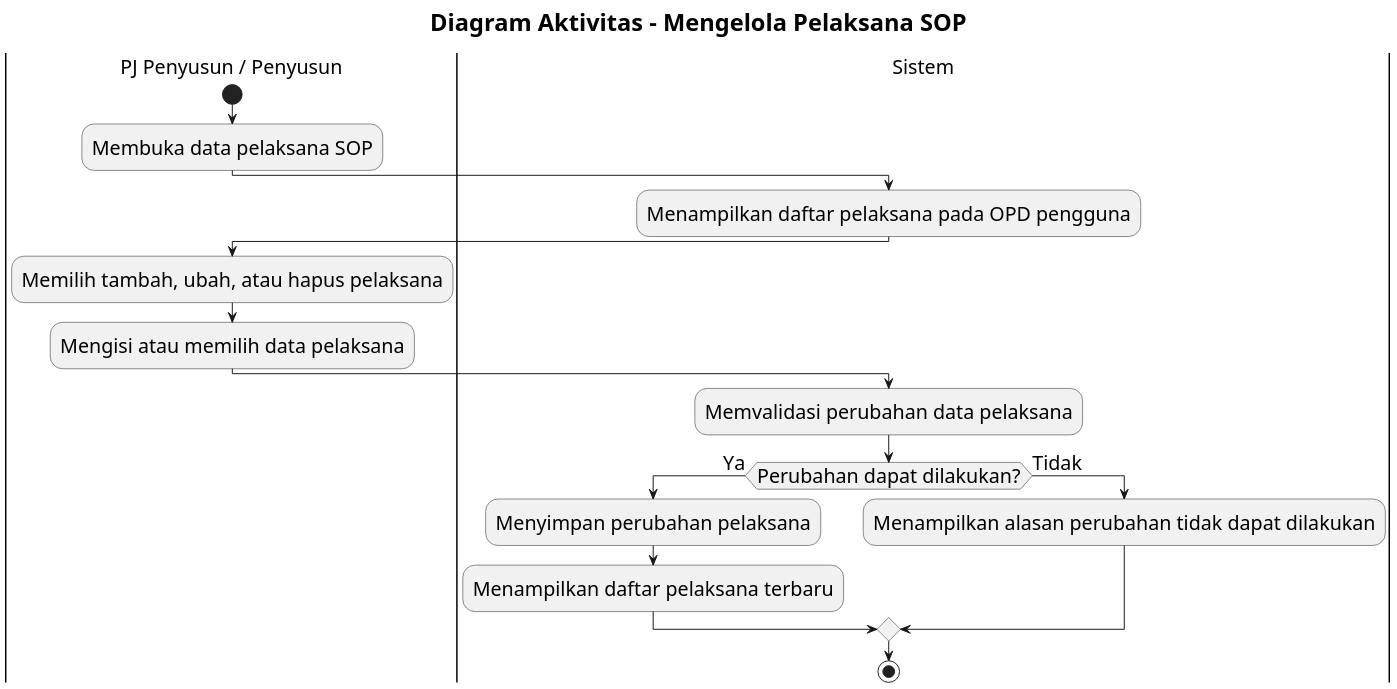
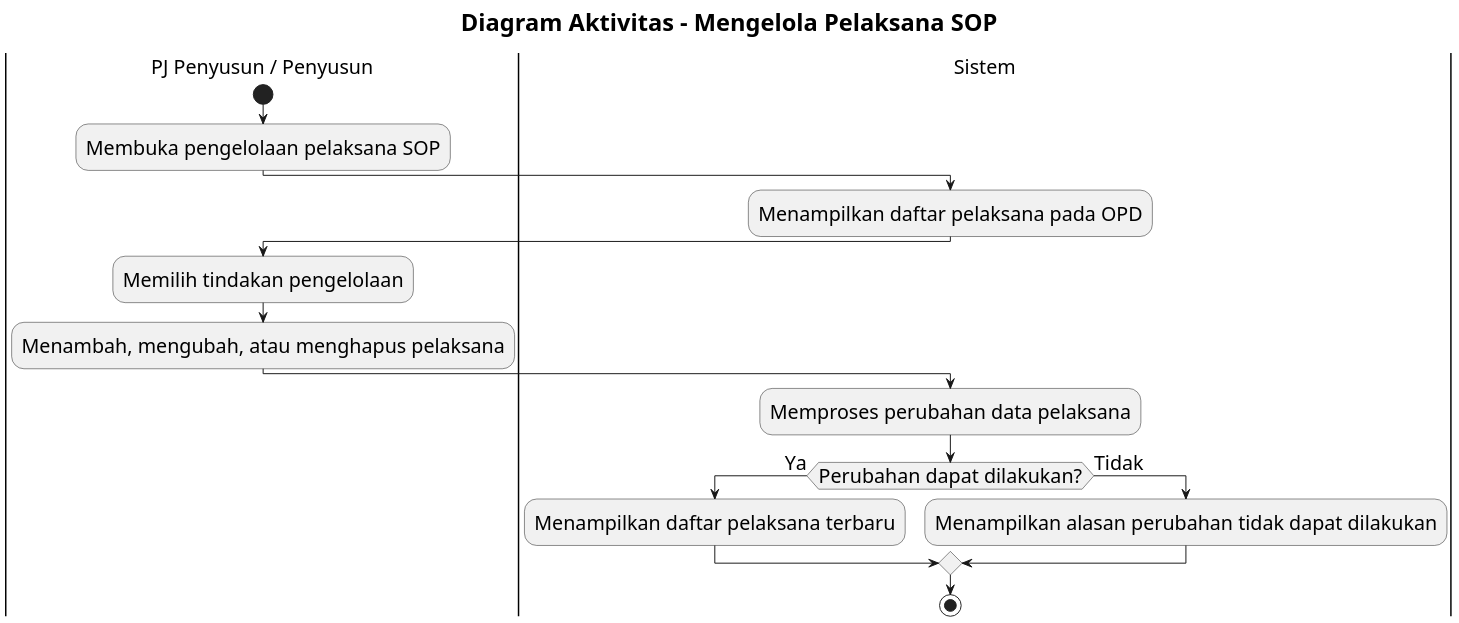
One commit to howlil/sop-generate-app changed the diagram in docs/activity-diagram/lampiran/pj-penyusun-penyusun-mengelola-pelaksana-sop.md. Above: the diagram before and after it, drawn with PlantUML. The commit also changed other lines of this file and 20 other files, not shown here.

Commit message:
docs(activity): simplify flows to business-level design

````diff
--- a/docs/activity-diagram/lampiran/pj-penyusun-penyusun-mengelola-pelaksana-sop.md
+++ b/docs/activity-diagram/lampiran/pj-penyusun-penyusun-mengelola-pelaksana-sop.md
@@ -16,33 +16,32 @@
 ```plantuml
 @startuml
 skinparam defaultFontSize 20
 skinparam titleFontSize 24
 skinparam dpi 160
 
 title Diagram Aktivitas - Mengelola Pelaksana SOP
 
 |PJ Penyusun / Penyusun|
 start
-:Membuka data pelaksana SOP;
+:Membuka pengelolaan pelaksana SOP;
 
 |Sistem|
-:Menampilkan daftar pelaksana pada OPD pengguna;
+:Menampilkan daftar pelaksana pada OPD;
 
 |PJ Penyusun / Penyusun|
-:Memilih tambah, ubah, atau hapus pelaksana;
-:Mengisi atau memilih data pelaksana;
+:Memilih tindakan pengelolaan;
+:Menambah, mengubah, atau menghapus pelaksana;
 
 |Sistem|
-:Memvalidasi perubahan data pelaksana;
+:Memproses perubahan data pelaksana;
 
 if (Perubahan dapat dilakukan?) then (Ya)
-  :Menyimpan perubahan pelaksana;
   :Menampilkan daftar pelaksana terbaru;
 else (Tidak)
   :Menampilkan alasan perubahan tidak dapat dilakukan;
 endif
 
 stop
 
 @enduml
 ```
````
